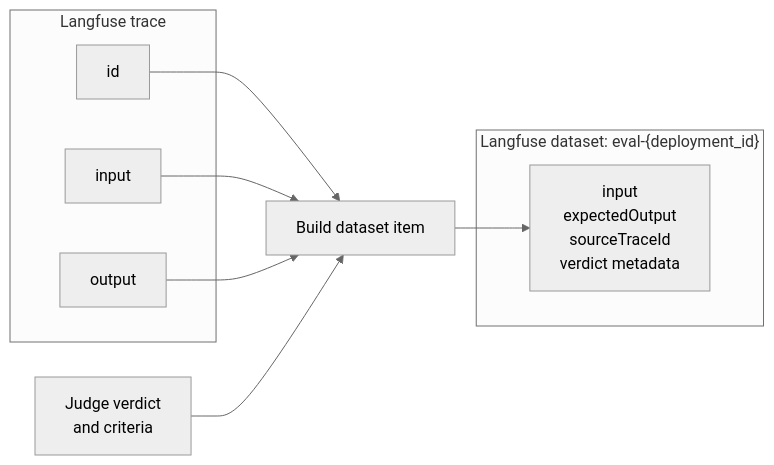
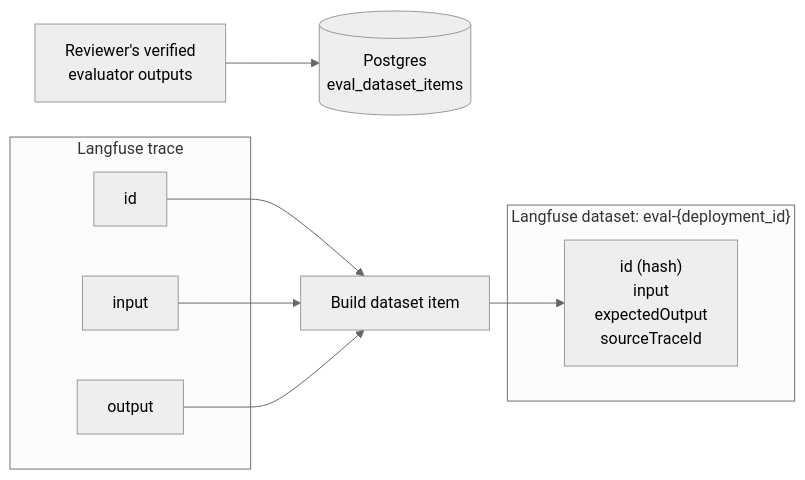
The second of 2 diagrams in docs/03-architecture/traces-to-eval-dataset.md (astropods/astro-cli), drawn with Mermaid (neutral theme) before and after one commit. The commit also changed other lines of this file and 6 other files, not shown here.

````diff
--- a/docs/03-architecture/traces-to-eval-dataset.md
+++ b/docs/03-architecture/traces-to-eval-dataset.md
@@ -80,21 +89,22 @@
 ```mermaid
 flowchart LR
     subgraph Trace["Langfuse trace"]
         TraceID["id"]
         Input["input"]
         Output["output"]
     end
 
-    Verdict["Judge verdict<br/>and criteria"]
+    Outputs["Reviewer's verified<br/>evaluator outputs"]
+    Local[("Postgres<br/>eval_dataset_items")]
     Item["Build dataset item"]
 
     subgraph Dataset["Langfuse dataset: eval-{deployment_id}"]
-        DatasetItem["input<br/>expectedOutput<br/>sourceTraceId<br/>verdict metadata"]
+        DatasetItem["id (hash)<br/>input<br/>expectedOutput<br/>sourceTraceId"]
     end
 
     TraceID --> Item
     Input --> Item
     Output --> Item
-    Verdict --> Item
+    Outputs --> Local
     Item --> DatasetItem
 ```
````
